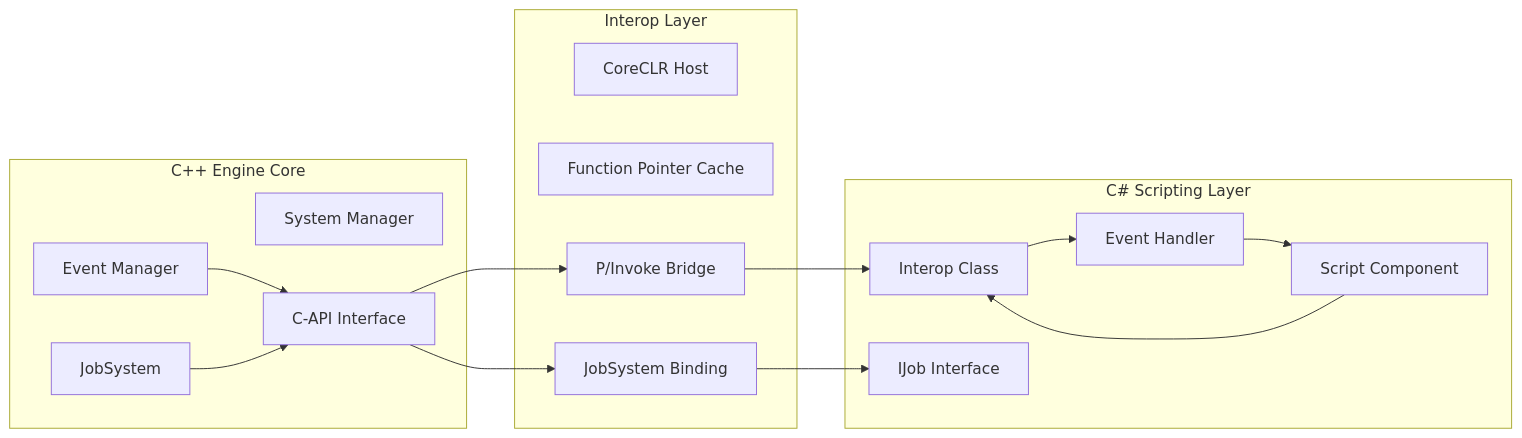
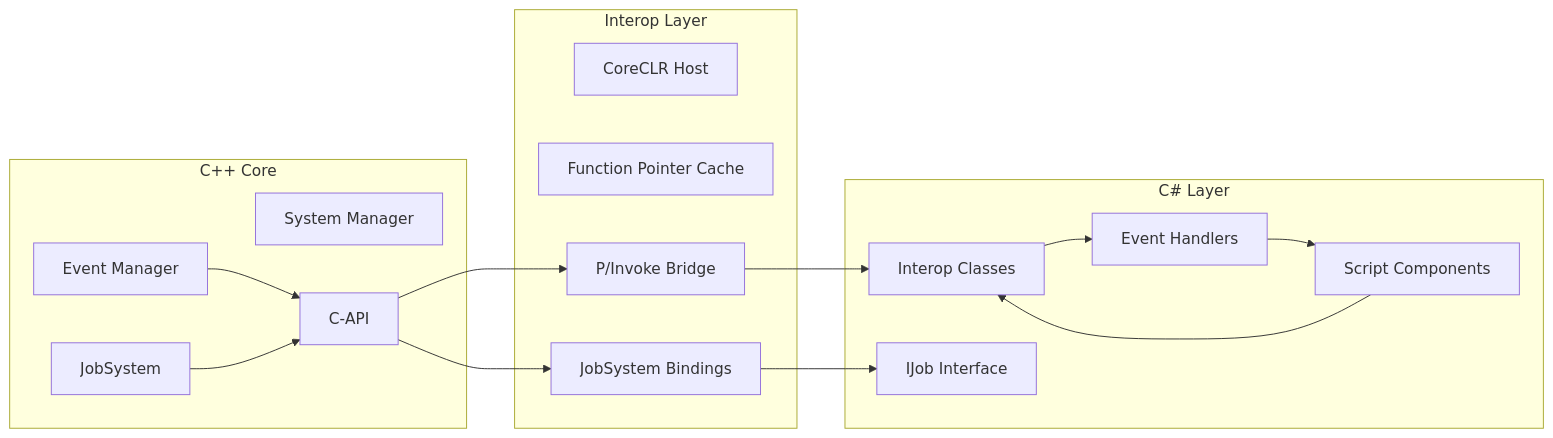
Before and after one commit to NGLSG/Luma: the fifth of 11 diagrams in ARCHITECTURE_EN.md, drawn with Mermaid. The commit also changed other lines of this file and 27 other files, not shown here.

````diff
--- a/ARCHITECTURE_EN.md
+++ b/ARCHITECTURE_EN.md
@@ -129,25 +122,33 @@
 ```mermaid
 graph LR
-    subgraph "C++ Engine Core"
+    subgraph "C++ Core"
         A[Event Manager]
         B[System Manager]
-        C[C-API Interface]
+        C[C‑API]
         D[JobSystem]
     end
 
     subgraph "Interop Layer"
         E[CoreCLR Host]
         F[Function Pointer Cache]
         G[P/Invoke Bridge]
-        H[JobSystem Binding]
+        H[JobSystem Bindings]
     end
 
-    subgraph "C# Scripting Layer"
-        I[Script Component]
-        J[Event Handler]
-        K[Interop Class]
+    subgraph "C# Layer"
+        I[Script Components]
+        J[Event Handlers]
+        K[Interop Classes]
         L[IJob Interface]
     end
 
-    A --> C; D --> C; C --> G; C --> H; G --> K; H --> L; K --> J; J --> I; I --> K
+    A --> C
+    D --> C
+    C --> G
+    C --> H
+    G --> K
+    H --> L
+    K --> J
+    J --> I
+    I --> K
 ```
````
